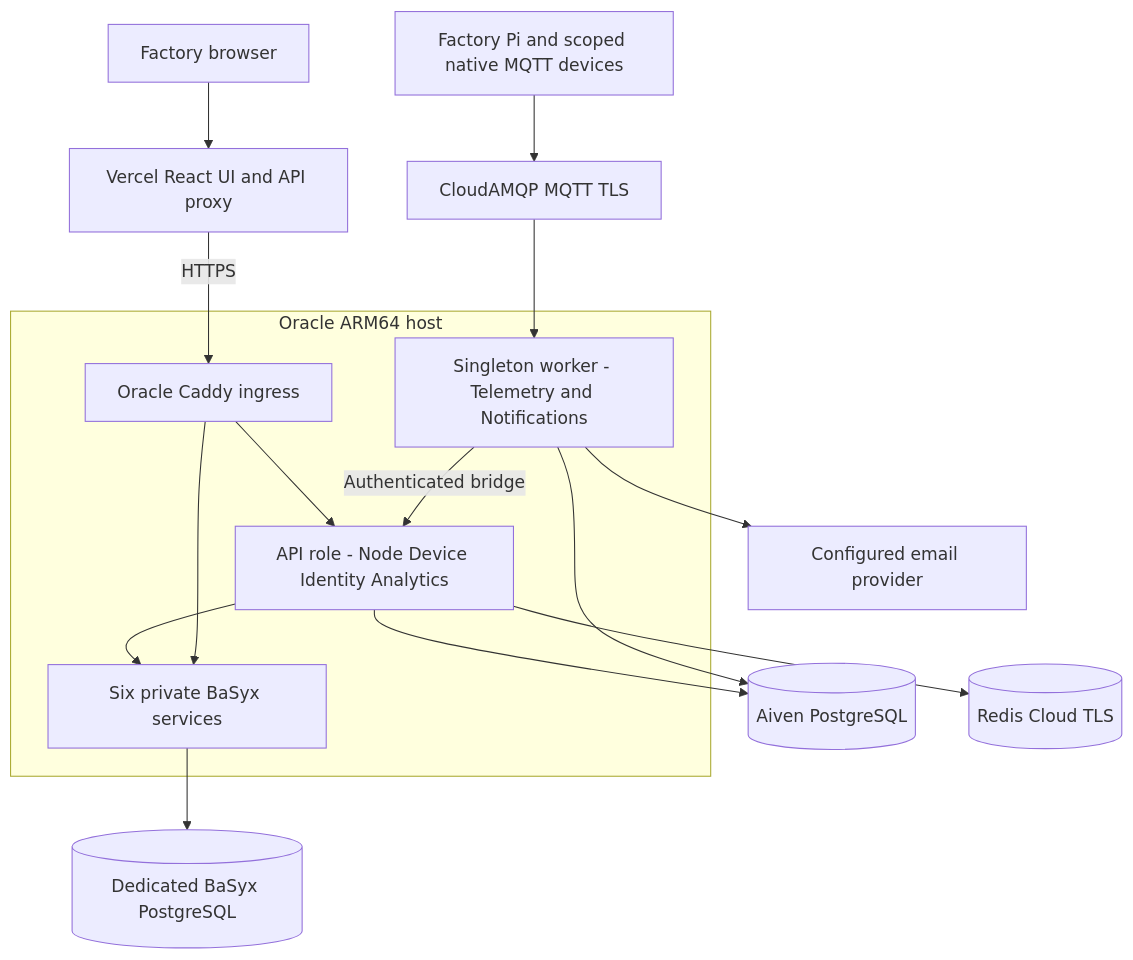
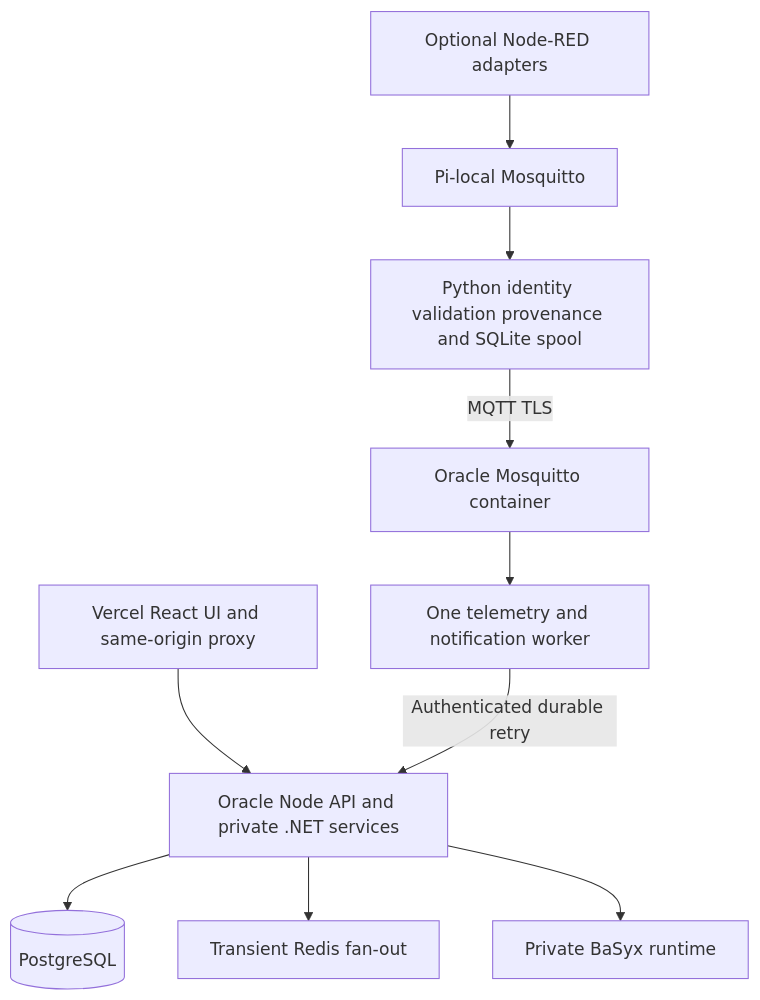
The diagram in portfolio-frontend/client/public/docs/smartfactoryiot/deployment.md (DruHustle/portfolio), drawn with Mermaid before and after one commit. The commit also changed other lines of this file and 50 other files, not shown here.

Commit message:
Correct Mosquitto and Python roles, active AI development, and source-pinned guides

````diff
--- a/portfolio-frontend/client/public/docs/smartfactoryiot/deployment.md
+++ b/portfolio-frontend/client/public/docs/smartfactoryiot/deployment.md
@@ -7,18 +22,12 @@
 ```mermaid
 flowchart TB
-  Browser[Factory browser] --> Vercel[Vercel React UI and API proxy]
-  Vercel -->|HTTPS| Caddy[Oracle Caddy ingress]
-  subgraph Oracle[Oracle ARM64 host]
-    Caddy --> API[API role - Node Device Identity Analytics]
-    Worker[Singleton worker - Telemetry and Notifications] -->|Authenticated bridge| API
-    API --> AAS[Six private BaSyx services]
-    Caddy --> AAS
-  end
-  API --> DB[(Aiven PostgreSQL)]
-  Worker --> DB
-  AAS --> AASDB[(Dedicated BaSyx PostgreSQL)]
-  API --> Redis[(Redis Cloud TLS)]
-  Broker[CloudAMQP MQTT TLS] --> Worker
-  Edge[Factory Pi and scoped native MQTT devices] --> Broker
-  Worker --> Mail[Configured email provider]
+  Web[Vercel React UI and same-origin proxy] --> API[Oracle Node API and private .NET services]
+  NodeRed[Optional Node-RED adapters] --> Local[Pi-local Mosquitto]
+  Local --> Python[Python identity validation provenance and SQLite spool]
+  Python -->|MQTT TLS| Broker[Oracle Mosquitto container]
+  Broker --> Worker[One telemetry and notification worker]
+  Worker -->|Authenticated durable retry| API
+  API --> DB[(PostgreSQL)]
+  API --> Redis[Transient Redis fan-out]
+  API --> AAS[Private BaSyx runtime]
 ```
````
